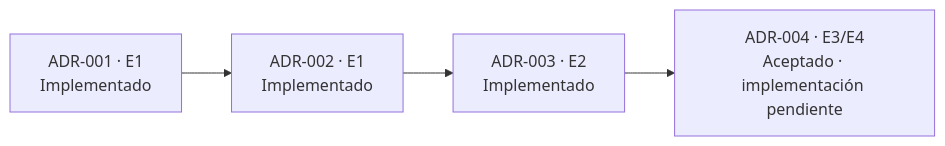
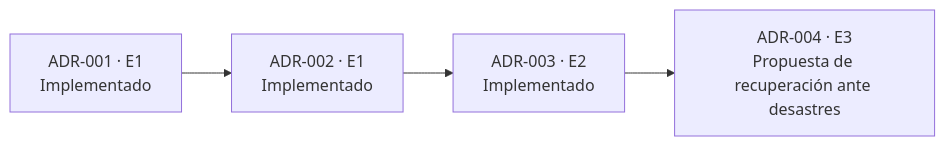
One commit to JohaoAndree/DevForge_Cloud changed the second of 2 diagrams in docs/specs/context-master.md. Above: the diagram before and after it, drawn with Mermaid. The commit also changed other lines of this file, not shown here.

````diff
--- a/docs/specs/context-master.md
+++ b/docs/specs/context-master.md
@@ -116,6 +121,6 @@
 ```mermaid
 flowchart LR
     A1["ADR-001 · E1<br/>Implementado"] --> A2["ADR-002 · E1<br/>Implementado"]
     A2 --> A3["ADR-003 · E2<br/>Implementado"]
-    A3 --> A4["ADR-004 · E3/E4<br/>Aceptado · implementación pendiente"]
+    A3 --> A4["ADR-004 · E3<br/>Propuesta de recuperación ante desastres"]
 ```
````
